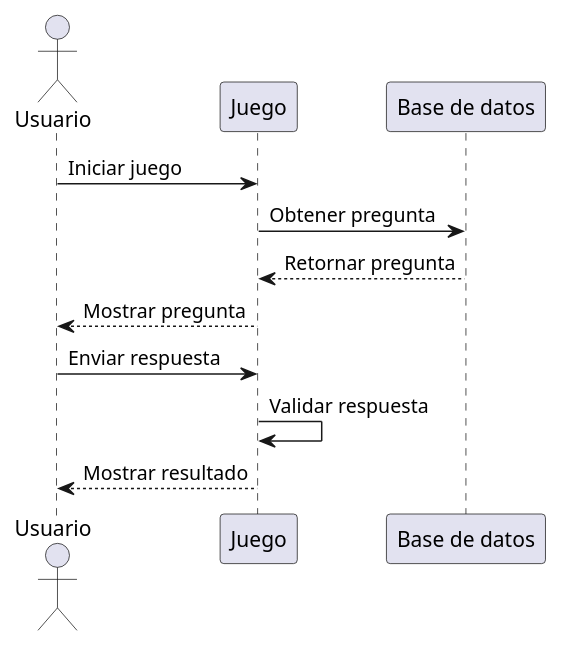
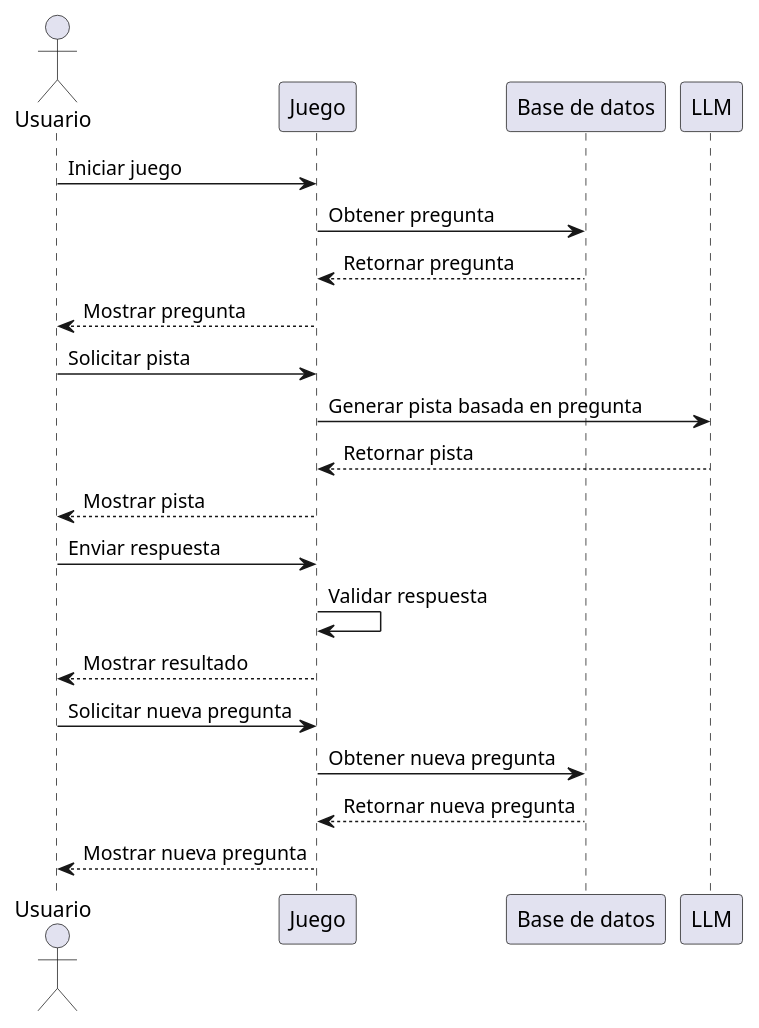
The second of 3 diagrams in docs/src/06_runtime_view.adoc (JavierSanabriaMiranda/wichat_es4a), drawn with PlantUML before and after one commit. The commit also changed other lines of this file and 1 other file, not shown here.

Commit message:
juntar en un solo diagrama el juego,la generación de nuevas preguntas y la petición de pistas al LLM

```diff
--- a/docs/src/06_runtime_view.adoc
+++ b/docs/src/06_runtime_view.adoc
@@ -54,13 +54,26 @@
-[plantuml,"Question Game Sequence",png]
+[plantuml,"Question Game with Hint Sequence",png]
 ----
 actor Usuario
 participant "Juego" as J
 participant "Base de datos" as DB
+participant "LLM" as LLM
+
 Usuario -> J: Iniciar juego
 J -> DB: Obtener pregunta
 DB --> J: Retornar pregunta
 J --> Usuario: Mostrar pregunta
+
+Usuario -> J: Solicitar pista
+J -> LLM: Generar pista basada en pregunta
+LLM --> J: Retornar pista
+J --> Usuario: Mostrar pista
+
 Usuario -> J: Enviar respuesta
 J -> J: Validar respuesta
 J --> Usuario: Mostrar resultado
+
+Usuario -> J: Solicitar nueva pregunta
+J -> DB: Obtener nueva pregunta
+DB --> J: Retornar nueva pregunta
+J --> Usuario: Mostrar nueva pregunta
 ----
```
